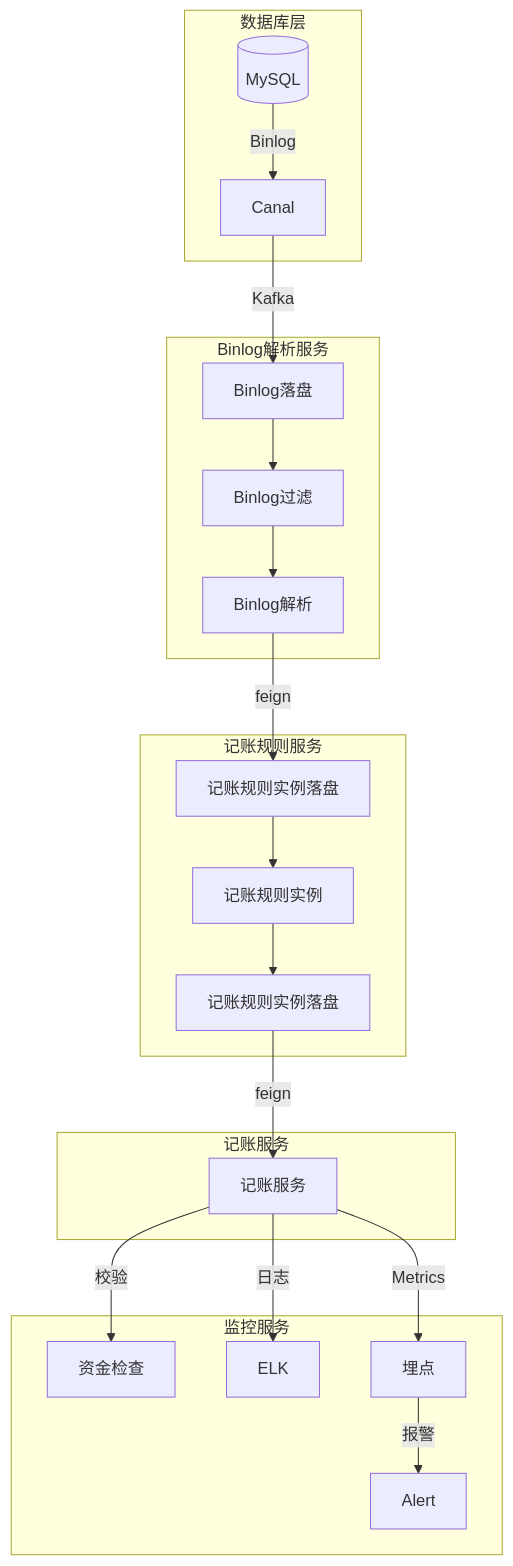
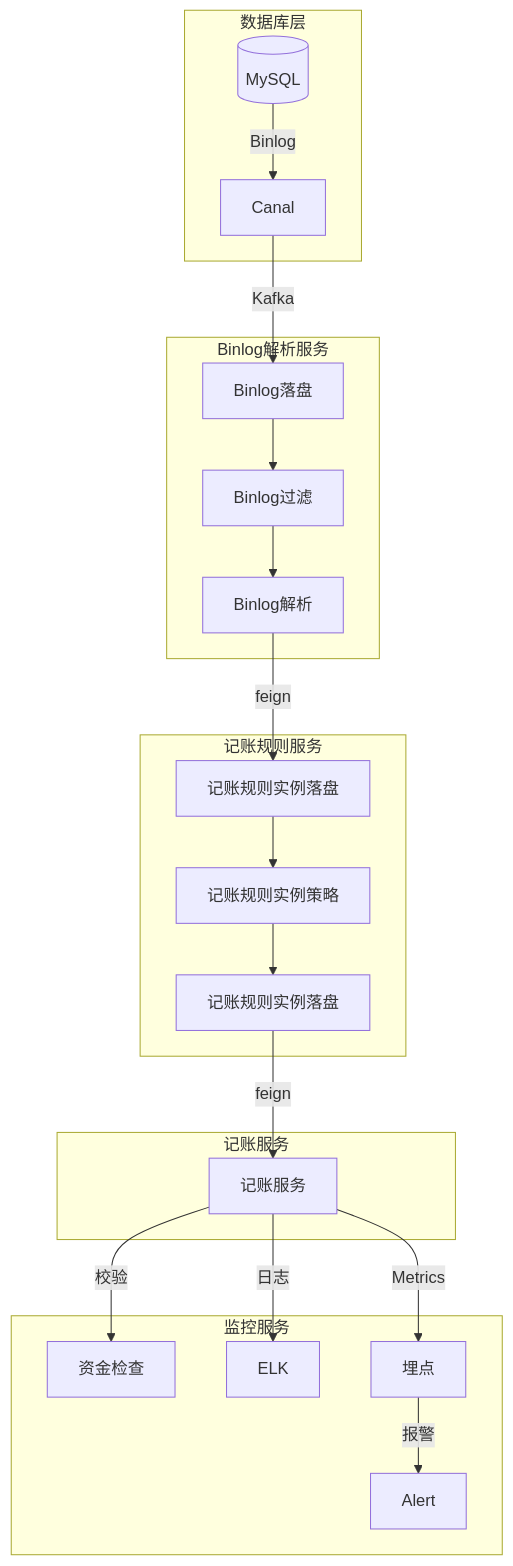
One commit to 87828943/iodraw-files changed the diagram in all/记账架构图.md. Above: the diagram before and after it, drawn with Mermaid.

Commit message:
2025-07-07 14:46:32 update

````diff
--- a/all/记账架构图.md
+++ b/all/记账架构图.md
@@ -1,25 +1,25 @@
 ```mermaid
 graph TB
     subgraph 数据库层
         DB[(MySQL)] -->|Binlog| Canal
     end
     subgraph Binlog解析服务
         Canal -->|Kafka| Binlog[Binlog落盘]
         Binlog --> Binlog1[Binlog过滤]
         Binlog1 --> Binlog2[Binlog解析]
     end
     subgraph 记账规则服务
         Binlog2 -->|feign| AccountingRule[记账规则实例落盘]
-        AccountingRule --> AccountingRule1[记账规则实例]
+        AccountingRule --> AccountingRule1[记账规则实例策略]
         AccountingRule1 --> AccountingRule2[记账规则实例落盘] 
     end
     subgraph 记账服务
        AccountingRule2 -->|feign| Accounting[记账服务]
     end
     subgraph 监控服务
         Accounting --> |校验| 资金检查
         Accounting -->|日志| ELK
         Accounting -->|Metrics| 埋点
         埋点 -->|报警| Alert
     end
 ```
````
